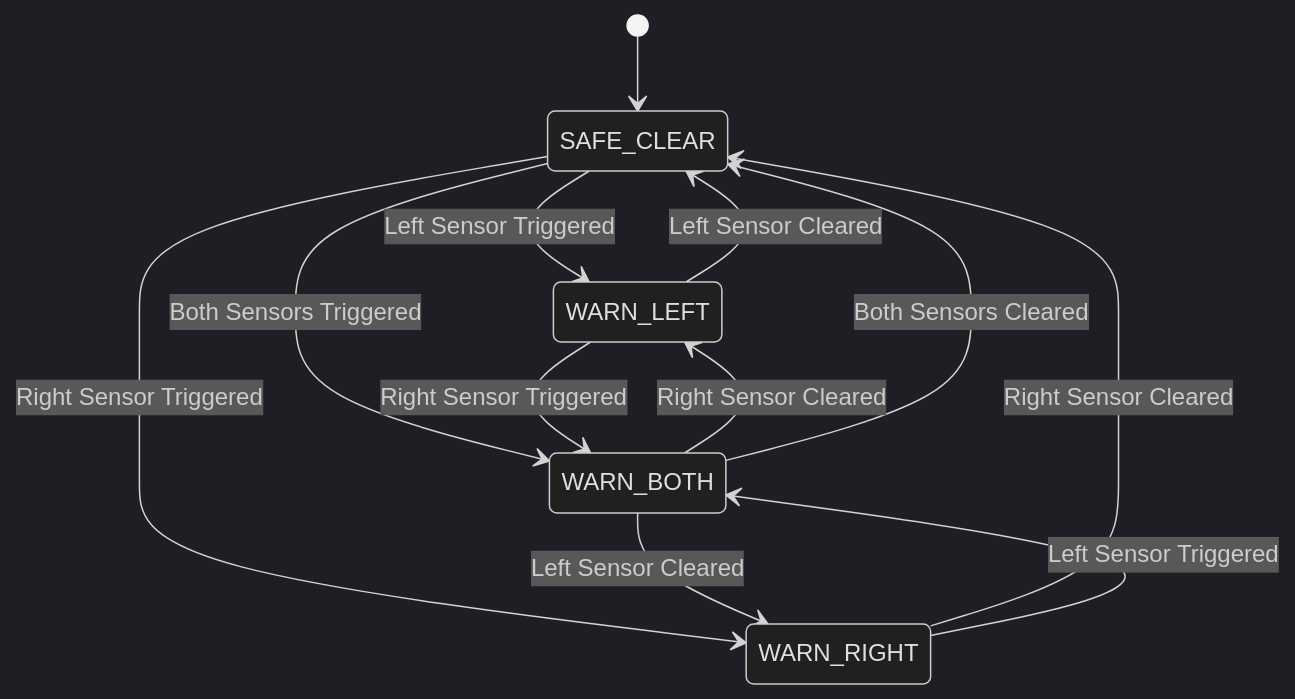
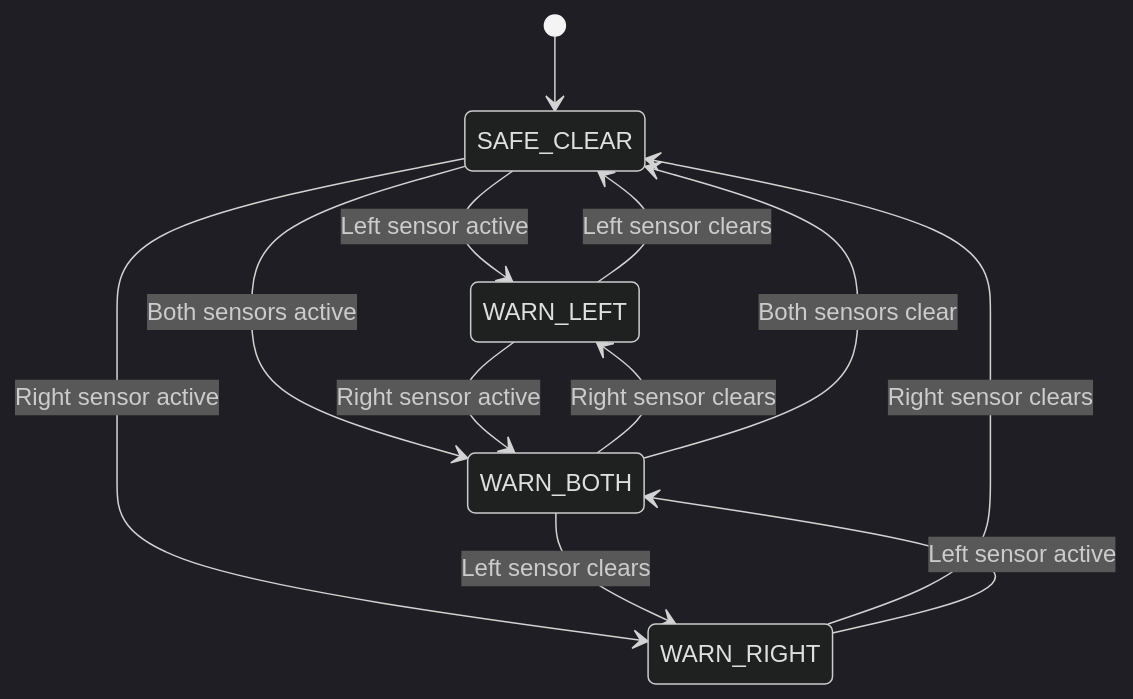
Before and after one commit to DevInfinix/BlindSpottr: the second of 2 diagrams in README.md, drawn with Mermaid (dark theme). The commit also changed other lines of this file, not shown here.

````diff
--- a/README.md
+++ b/README.md
@@ -181,18 +169,18 @@
 ```mermaid
 stateDiagram-v2
     [*] --> SAFE_CLEAR
 
-    SAFE_CLEAR --> WARN_LEFT : Left Sensor Triggered
-    SAFE_CLEAR --> WARN_RIGHT : Right Sensor Triggered
-    SAFE_CLEAR --> WARN_BOTH : Both Sensors Triggered
+    SAFE_CLEAR --> WARN_LEFT : Left sensor active
+    SAFE_CLEAR --> WARN_RIGHT : Right sensor active
+    SAFE_CLEAR --> WARN_BOTH : Both sensors active
 
-    WARN_LEFT --> SAFE_CLEAR : Left Sensor Cleared
-    WARN_LEFT --> WARN_BOTH : Right Sensor Triggered
+    WARN_LEFT --> SAFE_CLEAR : Left sensor clears
+    WARN_LEFT --> WARN_BOTH : Right sensor active
 
-    WARN_RIGHT --> SAFE_CLEAR : Right Sensor Cleared
-    WARN_RIGHT --> WARN_BOTH : Left Sensor Triggered
+    WARN_RIGHT --> SAFE_CLEAR : Right sensor clears
+    WARN_RIGHT --> WARN_BOTH : Left sensor active
 
-    WARN_BOTH --> WARN_LEFT : Right Sensor Cleared
-    WARN_BOTH --> WARN_RIGHT : Left Sensor Cleared
-    WARN_BOTH --> SAFE_CLEAR : Both Sensors Cleared
+    WARN_BOTH --> WARN_LEFT : Right sensor clears
+    WARN_BOTH --> WARN_RIGHT : Left sensor clears
+    WARN_BOTH --> SAFE_CLEAR : Both sensors clear
 ```
````
